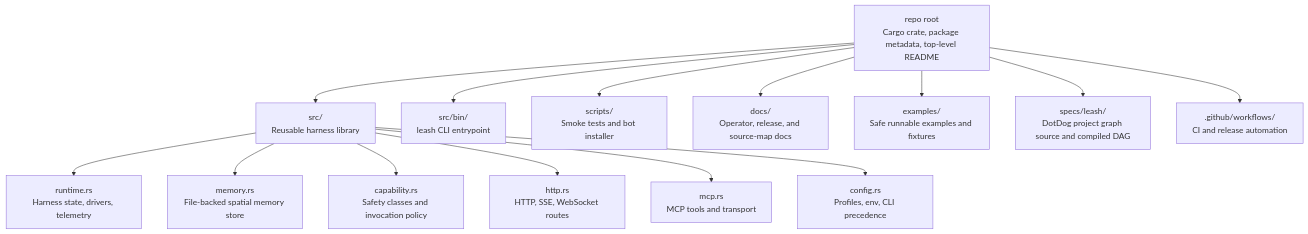
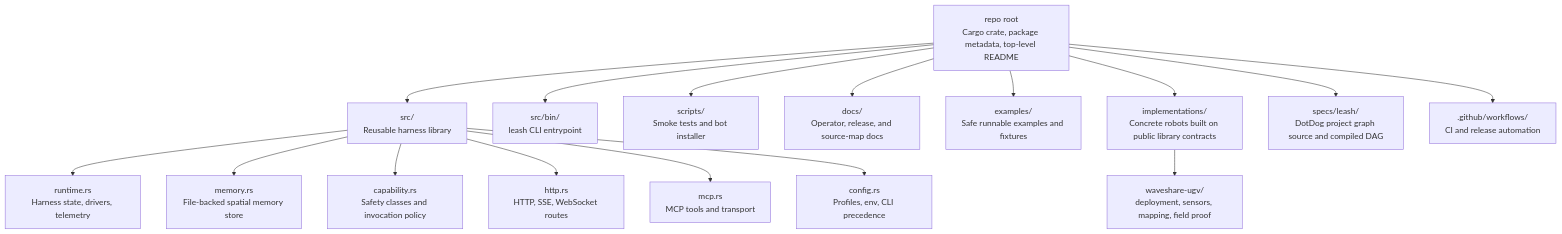
The first of 2 diagrams in README.md (specdog/leash), drawn with Mermaid before and after one commit. The commit also changed other lines of this file and 9 other files, not shown here.

Commit message:
Add Waveshare deployment rollback proof

````diff
--- a/README.md
+++ b/README.md
@@ -32,17 +32,20 @@
 ```mermaid
 flowchart TB
   root["repo root\nCargo crate, package metadata, top-level README"] --> src["src/\nReusable harness library"]
   root --> cli["src/bin/\nleash CLI entrypoint"]
   root --> scripts["scripts/\nSmoke tests and bot installer"]
   root --> docs["docs/\nOperator, release, and source-map docs"]
   root --> examples["examples/\nSafe runnable examples and fixtures"]
+  root --> implementations["implementations/\nConcrete robots built on public library contracts"]
   root --> specs["specs/leash/\nDotDog project graph source and compiled DAG"]
   root --> workflows[".github/workflows/\nCI and release automation"]
+
+  implementations --> ugvImplementation["waveshare-ugv/\ndeployment, sensors, mapping, field proof"]
 
   src --> runtime["runtime.rs\nHarness state, drivers, telemetry"]
   src --> memory["memory.rs\nFile-backed spatial memory store"]
   src --> capability["capability.rs\nSafety classes and invocation policy"]
   src --> http["http.rs\nHTTP, SSE, WebSocket routes"]
   src --> mcp["mcp.rs\nMCP tools and transport"]
   src --> config["config.rs\nProfiles, env, CLI precedence"]
 ```
````
